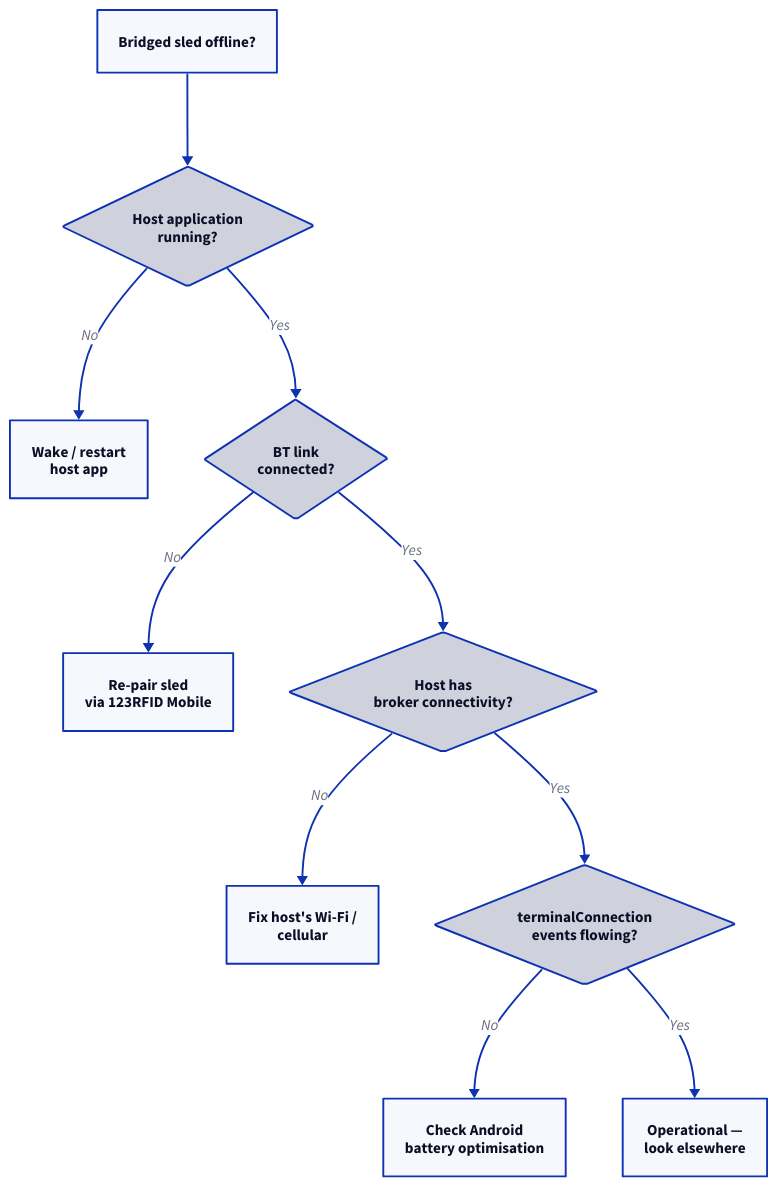
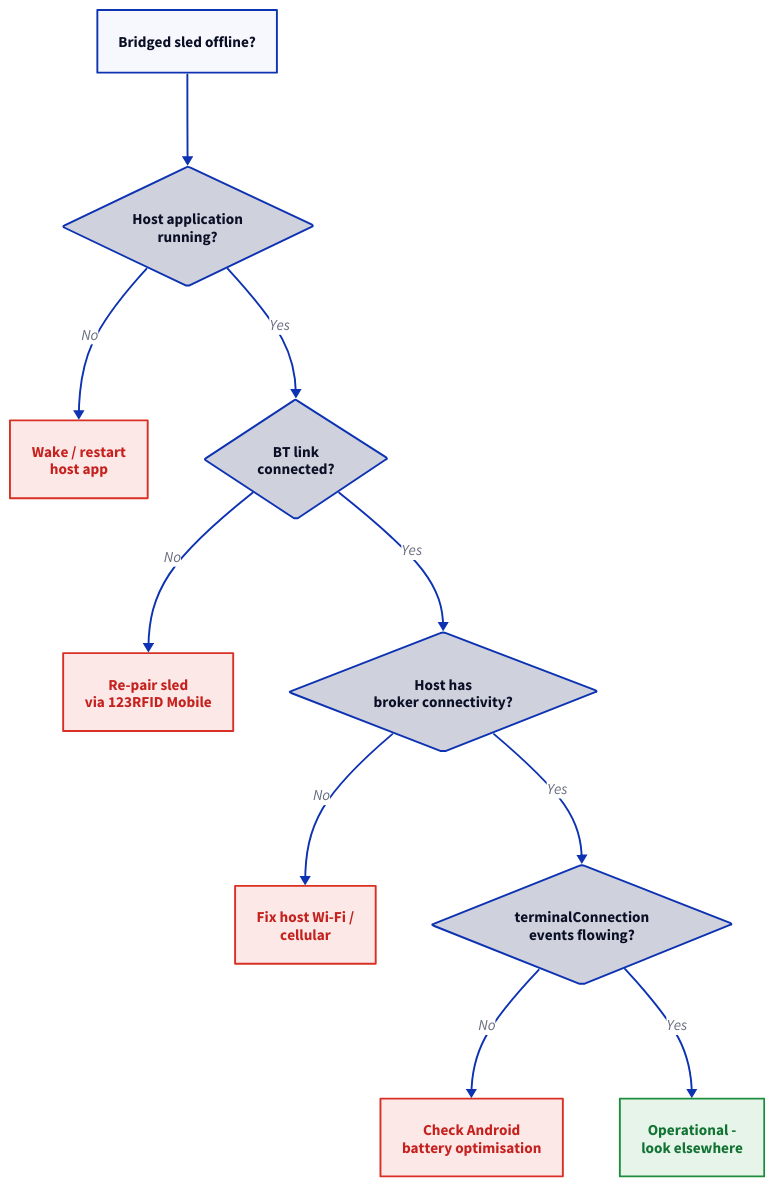
Before and after one commit to admiral-ai/zebra-handheld-rfid-iotc: the diagram in docs/reference/troubleshooting/bluetooth.md, drawn with D2. The commit also changed 40 other files, not shown here.

First line of the commit message:
Redesign all 54 D2 diagrams to a unified visual system

````diff
--- a/docs/reference/troubleshooting/bluetooth.md
+++ b/docs/reference/troubleshooting/bluetooth.md
@@ -33,21 +33,26 @@
 ```d2
+classes: {
+  good: { style: { fill: "#e6f4ea"; stroke: "#1e8e3e"; font-color: "#137333" } }
+  bad:  { style: { fill: "#fce8e6"; stroke: "#d93025"; font-color: "#c5221f" } }
+}
 S: Bridged sled offline?
 Q1: "Host application\nrunning?" { shape: diamond }
-Wake: "Wake / restart\nhost app"
+Wake: "Wake / restart\nhost app" { class: bad }
 Q2: "BT link\nconnected?" { shape: diamond }
-Pair: "Re-pair sled\nvia 123RFID Mobile"
+Pair: "Re-pair sled\nvia 123RFID Mobile" { class: bad }
 Q3: "Host has\nbroker connectivity?" { shape: diamond }
-Net: "Fix host's Wi-Fi /\ncellular"
+Net: "Fix host Wi-Fi /\ncellular" { class: bad }
 Q4: "terminalConnection\nevents flowing?" { shape: diamond }
-HostBattery: "Check Android\nbattery optimisation"
-OK: "Operational —\nlook elsewhere"
+HostBattery: "Check Android\nbattery optimisation" { class: bad }
+OK: "Operational -\nlook elsewhere" { class: good }
 S -> Q1
 Q1 -> Wake: No
 Q1 -> Q2: Yes
 Q2 -> Pair: No
 Q2 -> Q3: Yes
 Q3 -> Net: No
 Q3 -> Q4: Yes
 Q4 -> HostBattery: No
 Q4 -> OK: Yes
+
 ```
````
